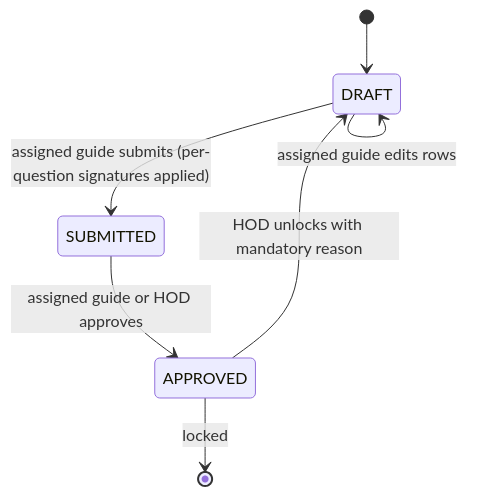
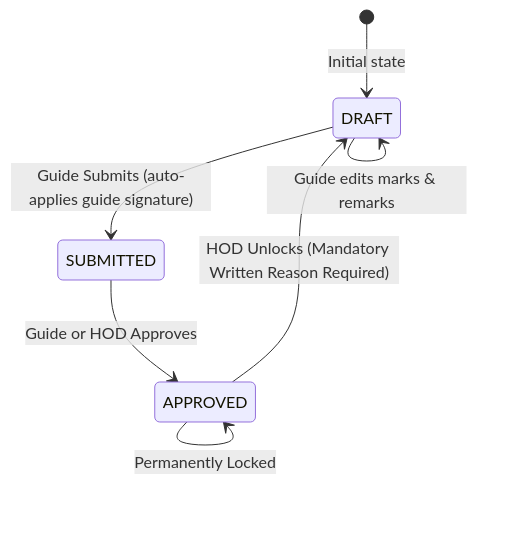
Before and after one commit to Shreyascode40/log-finale: the seventh of 9 diagrams in SYSTEM_DESIGN.md, drawn with Mermaid. The commit also changed other lines of this file, not shown here.

Commit message:
Update system design document to reflect two-tier architecture

````diff
--- a/SYSTEM_DESIGN.md
+++ b/SYSTEM_DESIGN.md
@@ -698,9 +370,9 @@
 ```mermaid
 stateDiagram-v2
-    [*] --> DRAFT
-    DRAFT --> DRAFT: assigned guide edits rows
-    DRAFT --> SUBMITTED: assigned guide submits (per-question signatures applied)
-    SUBMITTED --> APPROVED: assigned guide or HOD approves
-    APPROVED --> DRAFT: HOD unlocks with mandatory reason
-    APPROVED --> [*]: locked
+    [*] --> DRAFT : Initial state
+    DRAFT --> DRAFT : Guide edits marks & remarks
+    DRAFT --> SUBMITTED : Guide Submits (auto-applies guide signature)
+    SUBMITTED --> APPROVED : Guide or HOD Approves
+    APPROVED --> APPROVED : Permanently Locked
+    APPROVED --> DRAFT : HOD Unlocks (Mandatory Written Reason Required)
 ```
````
